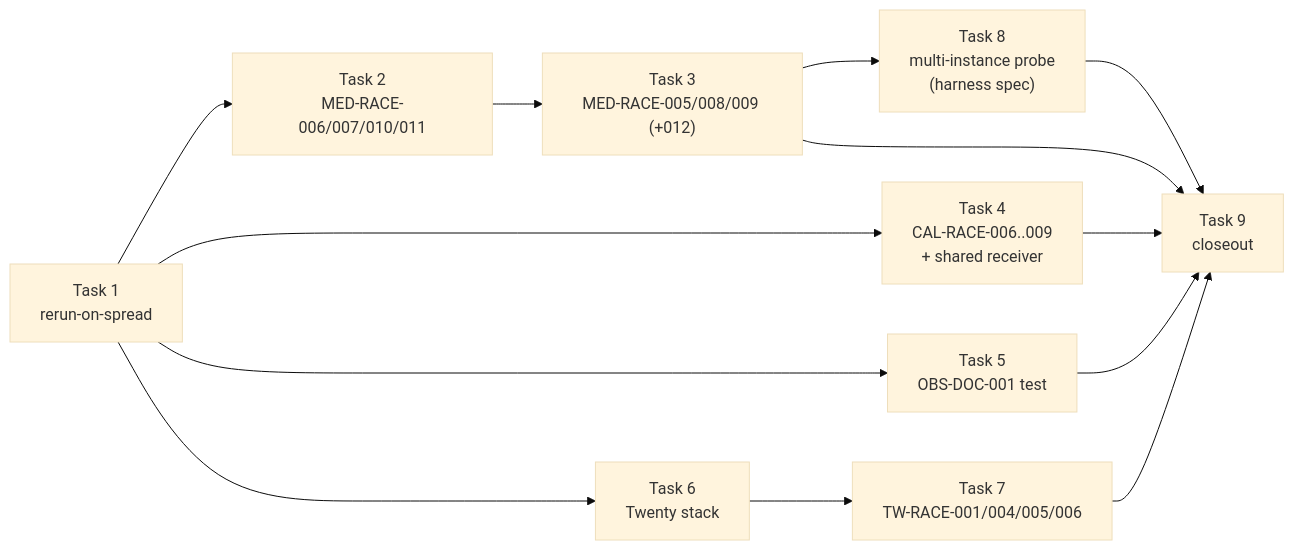
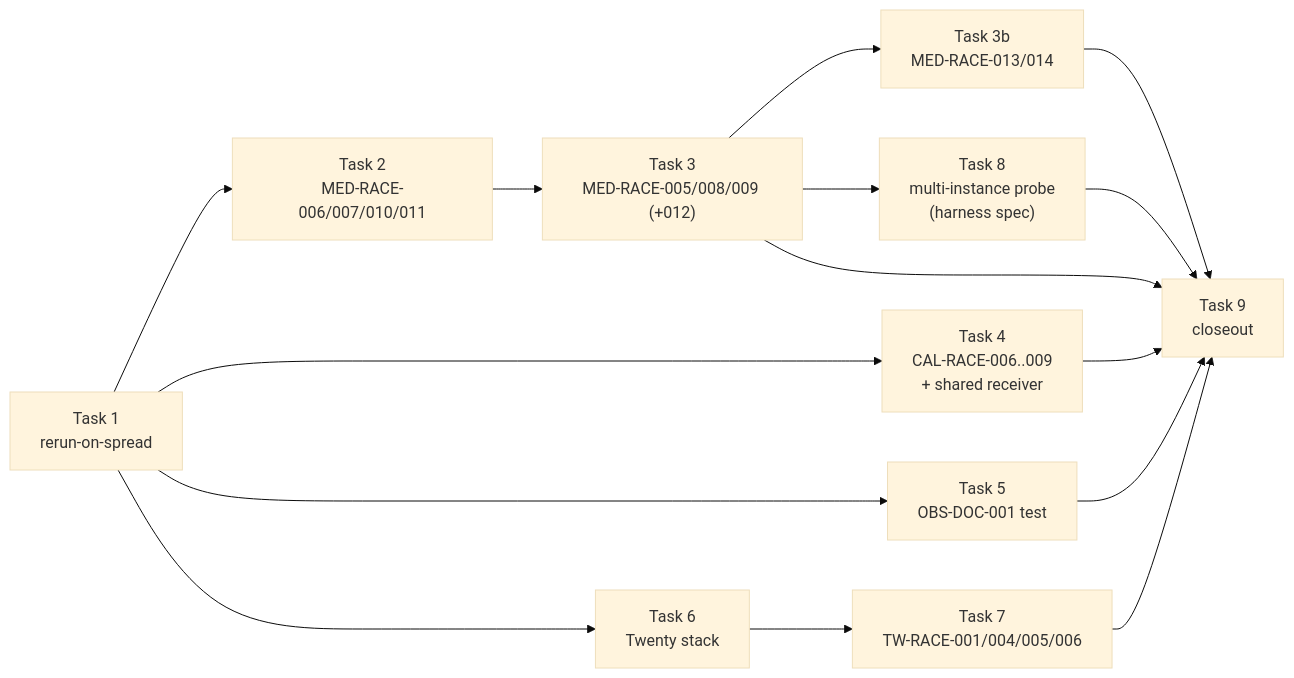
One commit to Jayami123/k6-load-concurrency-suite changed the diagram in docs/plans/2026-10-22-p6-phase2-roadmap.md. Above: the diagram before and after it, drawn with Mermaid (base theme). The commit also changed other lines of this file, not shown here.

Commit message:
docs(plans): add task 3b for the medusa order-state extras to the roadmap

````diff
--- a/docs/plans/2026-10-22-p6-phase2-roadmap.md
+++ b/docs/plans/2026-10-22-p6-phase2-roadmap.md
@@ -149,15 +152,17 @@
 ```mermaid
 flowchart LR
   T1["Task 1<br/>rerun-on-spread"] --> T2["Task 2<br/>MED-RACE-006/007/010/011"]
   T2 --> T3["Task 3<br/>MED-RACE-005/008/009 (+012)"]
   T1 --> T4["Task 4<br/>CAL-RACE-006..009<br/>+ shared receiver"]
   T1 --> T5["Task 5<br/>OBS-DOC-001 test"]
   T1 --> T6["Task 6<br/>Twenty stack"]
   T6 --> T7["Task 7<br/>TW-RACE-001/004/005/006"]
+  T3 --> T3b["Task 3b<br/>MED-RACE-013/014"]
   T3 --> T8["Task 8<br/>multi-instance probe<br/>(harness spec)"]
   T3 --> T9["Task 9<br/>closeout"]
   T4 --> T9
   T5 --> T9
   T7 --> T9
   T8 --> T9
+  T3b --> T9
 ```
````
